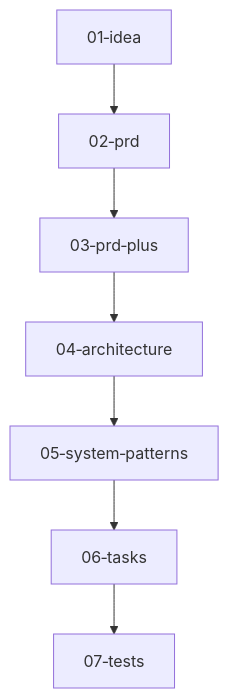
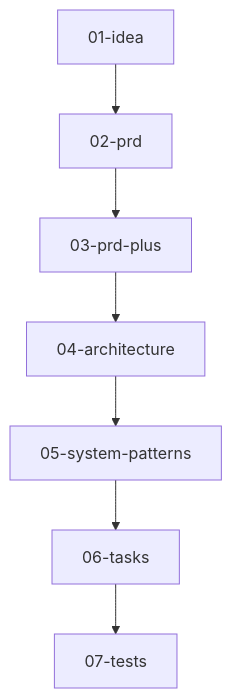
Before and after one commit to osbornesec/ai-sdlc-oz: the diagram in README.md, drawn with Mermaid. The commit also changed other lines of this file and 14 other files, not shown here.

````diff
--- a/README.md
+++ b/README.md
@@ -238,5 +57,5 @@
 ```mermaid
 flowchart TD
-  I[01‑idea]-->P1[02‑prd]-->P2[03‑prd‑plus]-->A[04‑architecture]
-  A-->SP[05‑system‑patterns]-->T[06‑tasks]-->TESTS[07‑tests]
+    I[01-idea]-->P1[02-prd]-->P2[03-prd-plus]-->A[04-architecture]
+    A-->SP[05-system-patterns]-->T[06-tasks]-->TESTS[07-tests]
 ```
````
